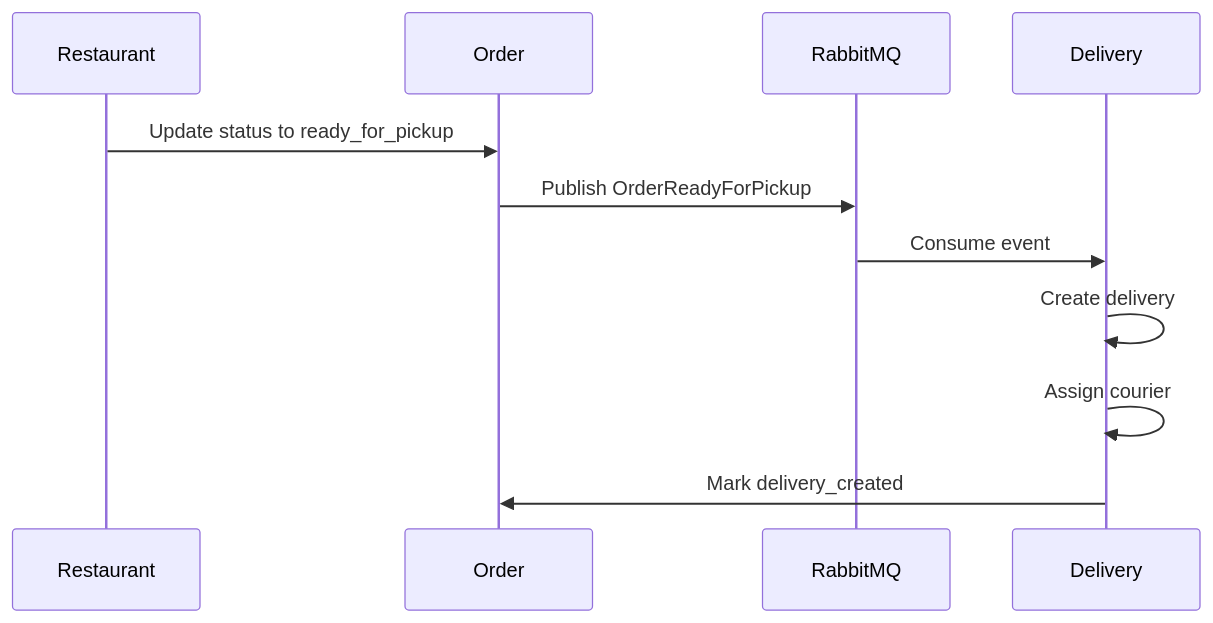
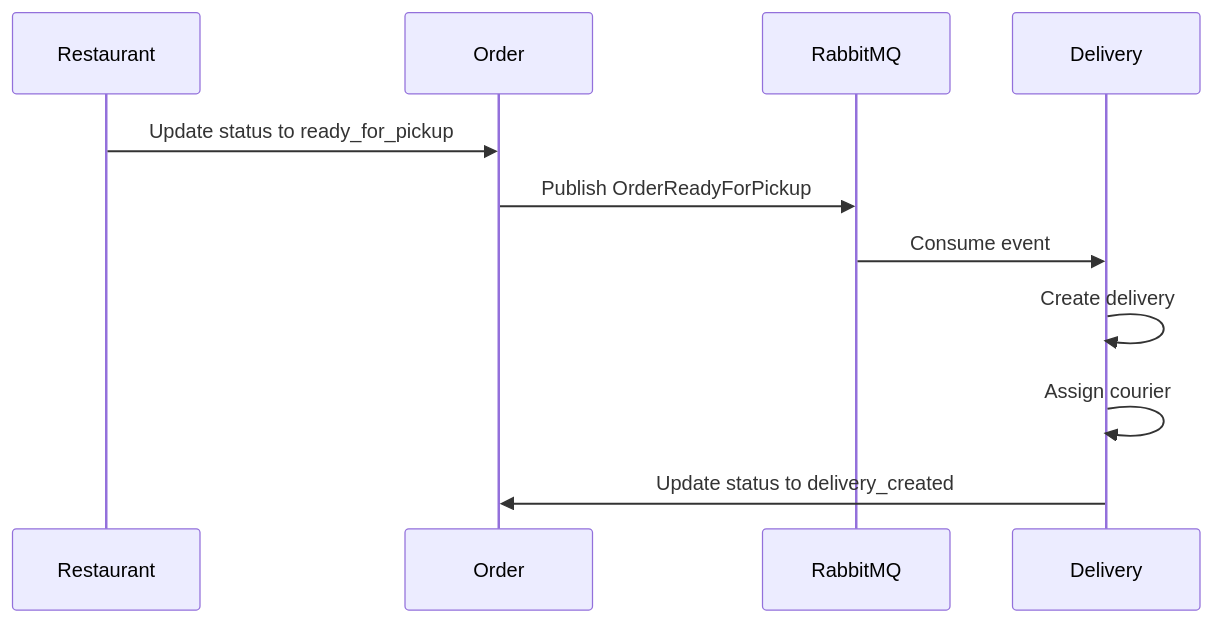
One commit to ErenKarakus1/Food-Delivery-System changed the third of 4 diagrams in README.md. Above: the diagram before and after it, drawn with Mermaid. The commit also changed other lines of this file, not shown here.

Commit message:
docs: document architecture and event-driven delivery flow

````diff
--- a/README.md
+++ b/README.md
@@ -141,14 +157,14 @@
 ```mermaid
 sequenceDiagram
     participant Restaurant
     participant Order
     participant RabbitMQ
     participant Delivery
 
     Restaurant->>Order: Update status to ready_for_pickup
     Order->>RabbitMQ: Publish OrderReadyForPickup
     RabbitMQ->>Delivery: Consume event
     Delivery->>Delivery: Create delivery
     Delivery->>Delivery: Assign courier
-    Delivery->>Order: Mark delivery_created
+    Delivery->>Order: Update status to delivery_created
 ```
````
